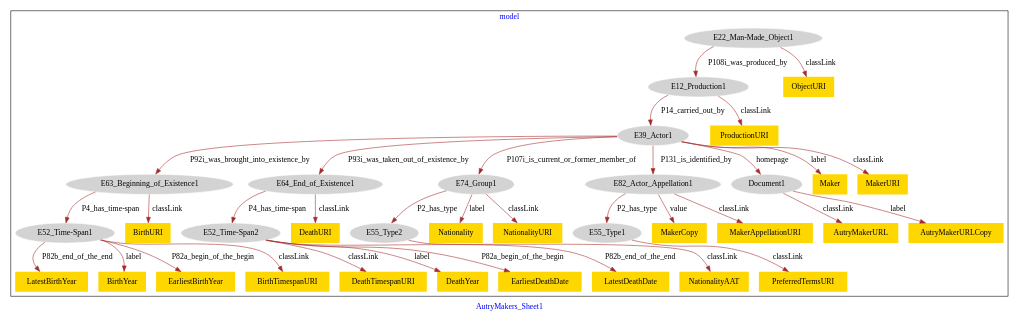
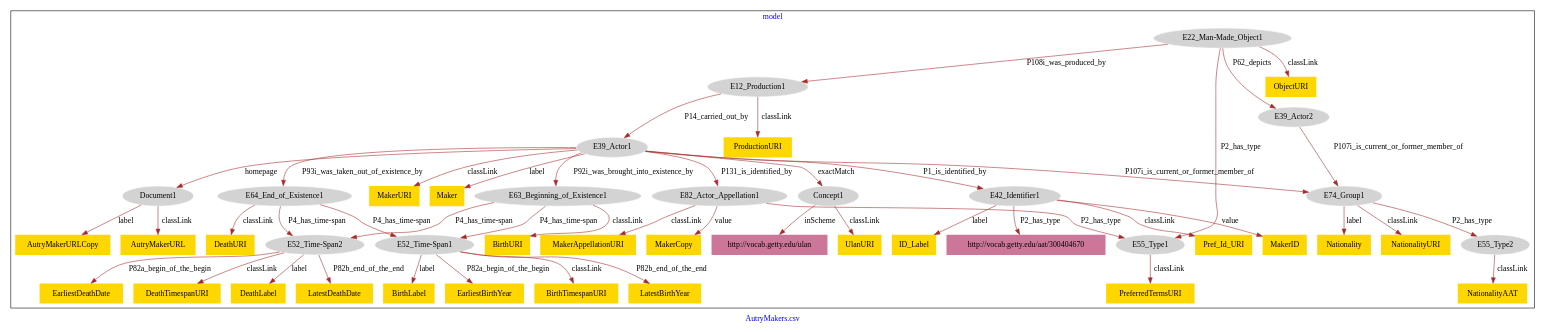
Before and after one commit to american-art/autry: the diagram in AutryMakers/AutryMakers-model.dot, drawn with Graphviz.

Commit message:
Update file AutryMakers-model.dot

```diff
--- a/AutryMakers/AutryMakers-model.dot
+++ b/AutryMakers/AutryMakers-model.dot
@@ -1,75 +1,97 @@
 digraph n0 {
 fontcolor="blue"
 remincross="true"
-label="AutryMakers_Sheet1"
+label="AutryMakers.csv"
 subgraph cluster {
 label="model"
 n2[style="filled",color="white",fillcolor="lightgray",label="E12_Production1"];
 n3[style="filled",color="white",fillcolor="lightgray",label="E39_Actor1"];
 n4[style="filled",color="white",fillcolor="lightgray",label="E22_Man-Made_Object1"];
-n5[style="filled",color="white",fillcolor="lightgray",label="E63_Beginning_of_Existence1"];
-n6[style="filled",color="white",fillcolor="lightgray",label="E64_End_of_Existence1"];
-n7[style="filled",color="white",fillcolor="lightgray",label="E74_Group1"];
-n8[style="filled",color="white",fillcolor="lightgray",label="E82_Actor_Appellation1"];
-n9[style="filled",color="white",fillcolor="lightgray",label="Document1"];
-n10[style="filled",color="white",fillcolor="lightgray",label="E52_Time-Span1"];
-n11[style="filled",color="white",fillcolor="lightgray",label="E52_Time-Span2"];
-n12[style="filled",color="white",fillcolor="lightgray",label="E55_Type2"];
-n13[style="filled",color="white",fillcolor="lightgray",label="E55_Type1"];
-n14[shape="plaintext",style="filled",fillcolor="gold",label="Nationality"];
-n15[shape="plaintext",style="filled",fillcolor="gold",label="DeathURI"];
-n16[shape="plaintext",style="filled",fillcolor="gold",label="AutryMakerURL"];
-n17[shape="plaintext",style="filled",fillcolor="gold",label="MakerCopy"];
-n18[shape="plaintext",style="filled",fillcolor="gold",label="NationalityAAT"];
-n19[shape="plaintext",style="filled",fillcolor="gold",label="LatestBirthYear"];
-n20[shape="plaintext",style="filled",fillcolor="gold",label="DeathTimespanURI"];
-n21[shape="plaintext",style="filled",fillcolor="gold",label="DeathYear"];
-n22[shape="plaintext",style="filled",fillcolor="gold",label="BirthYear"];
+n5[style="filled",color="white",fillcolor="lightgray",label="E39_Actor2"];
+n6[style="filled",color="white",fillcolor="lightgray",label="E42_Identifier1"];
+n7[style="filled",color="white",fillcolor="lightgray",label="E63_Beginning_of_Existence1"];
+n8[style="filled",color="white",fillcolor="lightgray",label="E64_End_of_Existence1"];
+n9[style="filled",color="white",fillcolor="lightgray",label="E82_Actor_Appellation1"];
+n10[style="filled",color="white",fillcolor="lightgray",label="Concept1"];
+n11[style="filled",color="white",fillcolor="lightgray",label="Document1"];
+n12[style="filled",color="white",fillcolor="lightgray",label="E74_Group1"];
+n13[style="filled",color="white",fillcolor="lightgray",label="E52_Time-Span2"];
+n14[style="filled",color="white",fillcolor="lightgray",label="E52_Time-Span1"];
+n15[style="filled",color="white",fillcolor="lightgray",label="E55_Type2"];
+n16[style="filled",color="white",fillcolor="lightgray",label="E55_Type1"];
+n17[shape="plaintext",style="filled",fillcolor="gold",label="NationalityAAT"];
+n18[shape="plaintext",style="filled",fillcolor="gold",label="ObjectURI"];
+n19[shape="plaintext",style="filled",fillcolor="gold",label="BirthURI"];
+n20[shape="plaintext",style="filled",fillcolor="gold",label="MakerURI"];
+n21[shape="plaintext",style="filled",fillcolor="gold",label="Pref_Id_URI"];
+n22[shape="plaintext",style="filled",fillcolor="gold",label="ProductionURI"];
 n23[shape="plaintext",style="filled",fillcolor="gold",label="EarliestDeathDate"];
-n24[shape="plaintext",style="filled",fillcolor="gold",label="Maker"];
-n25[shape="plaintext",style="filled",fillcolor="gold",label="PreferredTermsURI"];
-n26[shape="plaintext",style="filled",fillcolor="gold",label="ProductionURI"];
-n27[shape="plaintext",style="filled",fillcolor="gold",label="NationalityURI"];
-n28[shape="plaintext",style="filled",fillcolor="gold",label="MakerURI"];
-n29[shape="plaintext",style="filled",fillcolor="gold",label="EarliestBirthYear"];
-n30[shape="plaintext",style="filled",fillcolor="gold",label="BirthTimespanURI"];
-n31[shape="plaintext",style="filled",fillcolor="gold",label="BirthURI"];
-n32[shape="plaintext",style="filled",fillcolor="gold",label="AutryMakerURLCopy"];
-n33[shape="plaintext",style="filled",fillcolor="gold",label="MakerAppellationURI"];
-n34[shape="plaintext",style="filled",fillcolor="gold",label="ObjectURI"];
-n35[shape="plaintext",style="filled",fillcolor="gold",label="LatestDeathDate"];
+n24[shape="plaintext",style="filled",fillcolor="gold",label="AutryMakerURL"];
+n25[shape="plaintext",style="filled",fillcolor="gold",label="Maker"];
+n26[shape="plaintext",style="filled",fillcolor="gold",label="DeathTimespanURI"];
+n27[shape="plaintext",style="filled",fillcolor="gold",label="Nationality"];
+n28[shape="plaintext",style="filled",fillcolor="gold",label="MakerAppellationURI"];
+n29[shape="plaintext",style="filled",fillcolor="gold",label="BirthLabel"];
+n30[shape="plaintext",style="filled",fillcolor="gold",label="DeathLabel"];
+n31[shape="plaintext",style="filled",fillcolor="gold",label="MakerCopy"];
+n32[shape="plaintext",style="filled",fillcolor="gold",label="DeathURI"];
+n33[shape="plaintext",style="filled",fillcolor="gold",label="EarliestBirthYear"];
+n34[shape="plaintext",style="filled",fillcolor="gold",label="PreferredTermsURI"];
+n35[shape="plaintext",style="filled",fillcolor="gold",label="BirthTimespanURI"];
+n36[shape="plaintext",style="filled",fillcolor="gold",label="NationalityURI"];
+n37[shape="plaintext",style="filled",fillcolor="gold",label="MakerID"];
+n38[shape="plaintext",style="filled",fillcolor="gold",label="UlanURI"];
+n39[shape="plaintext",style="filled",fillcolor="gold",label="LatestBirthYear"];
+n40[shape="plaintext",style="filled",fillcolor="gold",label="LatestDeathDate"];
+n41[shape="plaintext",style="filled",fillcolor="gold",label="ID_Label"];
+n42[shape="plaintext",style="filled",fillcolor="gold",label="AutryMakerURLCopy"];
+n43[shape="plaintext",style="filled",fillcolor="#CC7799",label="http://vocab.getty.edu/aat/300404670"];
+n44[shape="plaintext",style="filled",fillcolor="#CC7799",label="http://vocab.getty.edu/ulan"];
 }
 n2 -> n3[color="brown",fontcolor="black",label="P14_carried_out_by"]
 n4 -> n2[color="brown",fontcolor="black",label="P108i_was_produced_by"]
-n3 -> n5[color="brown",fontcolor="black",label="P92i_was_brought_into_existence_by"]
-n3 -> n6[color="brown",fontcolor="black",label="P93i_was_taken_out_of_existence_by"]
-n3 -> n7[color="brown",fontcolor="black",label="P107i_is_current_or_former_member_of"]
-n3 -> n8[color="brown",fontcolor="black",label="P131_is_identified_by"]
-n3 -> n9[color="brown",fontcolor="black",label="homepage"]
-n5 -> n10[color="brown",fontcolor="black",label="P4_has_time-span"]
-n6 -> n11[color="brown",fontcolor="black",label="P4_has_time-span"]
-n7 -> n12[color="brown",fontcolor="black",label="P2_has_type"]
-n8 -> n13[color="brown",fontcolor="black",label="P2_has_type"]
-n7 -> n14[color="brown",fontcolor="black",label="label"]
-n6 -> n15[color="brown",fontcolor="black",label="classLink"]
-n9 -> n16[color="brown",fontcolor="black",label="classLink"]
-n8 -> n17[color="brown",fontcolor="black",label="value"]
-n12 -> n18[color="brown",fontcolor="black",label="classLink"]
-n10 -> n19[color="brown",fontcolor="black",label="P82b_end_of_the_end"]
-n11 -> n20[color="brown",fontcolor="black",label="classLink"]
-n11 -> n21[color="brown",fontcolor="black",label="label"]
-n10 -> n22[color="brown",fontcolor="black",label="label"]
-n11 -> n23[color="brown",fontcolor="black",label="P82a_begin_of_the_begin"]
-n3 -> n24[color="brown",fontcolor="black",label="label"]
-n13 -> n25[color="brown",fontcolor="black",label="classLink"]
-n2 -> n26[color="brown",fontcolor="black",label="classLink"]
-n7 -> n27[color="brown",fontcolor="black",label="classLink"]
-n3 -> n28[color="brown",fontcolor="black",label="classLink"]
-n10 -> n29[color="brown",fontcolor="black",label="P82a_begin_of_the_begin"]
-n10 -> n30[color="brown",fontcolor="black",label="classLink"]
-n5 -> n31[color="brown",fontcolor="black",label="classLink"]
-n9 -> n32[color="brown",fontcolor="black",label="label"]
-n8 -> n33[color="brown",fontcolor="black",label="classLink"]
-n4 -> n34[color="brown",fontcolor="black",label="classLink"]
-n11 -> n35[color="brown",fontcolor="black",label="P82b_end_of_the_end"]
+n4 -> n5[color="brown",fontcolor="black",label="P62_depicts"]
+n3 -> n6[color="brown",fontcolor="black",label="P1_is_identified_by"]
+n3 -> n7[color="brown",fontcolor="black",label="P92i_was_brought_into_existence_by"]
+n3 -> n8[color="brown",fontcolor="black",label="P93i_was_taken_out_of_existence_by"]
+n3 -> n9[color="brown",fontcolor="black",label="P131_is_identified_by"]
+n3 -> n10[color="brown",fontcolor="black",label="exactMatch"]
+n3 -> n11[color="brown",fontcolor="black",label="homepage"]
+n5 -> n12[color="brown",fontcolor="black",label="P107i_is_current_or_former_member_of"]
+n7 -> n13[color="brown",fontcolor="black",label="P4_has_time-span"]
+n8 -> n14[color="brown",fontcolor="black",label="P4_has_time-span"]
+n12 -> n15[color="brown",fontcolor="black",label="P2_has_type"]
+n9 -> n16[color="brown",fontcolor="black",label="P2_has_type"]
+n15 -> n17[color="brown",fontcolor="black",label="classLink"]
+n4 -> n18[color="brown",fontcolor="black",label="classLink"]
+n7 -> n19[color="brown",fontcolor="black",label="classLink"]
+n3 -> n20[color="brown",fontcolor="black",label="classLink"]
+n6 -> n21[color="brown",fontcolor="black",label="classLink"]
+n2 -> n22[color="brown",fontcolor="black",label="classLink"]
+n13 -> n23[color="brown",fontcolor="black",label="P82a_begin_of_the_begin"]
+n11 -> n24[color="brown",fontcolor="black",label="classLink"]
+n3 -> n25[color="brown",fontcolor="black",label="label"]
+n13 -> n26[color="brown",fontcolor="black",label="classLink"]
+n12 -> n27[color="brown",fontcolor="black",label="label"]
+n9 -> n28[color="brown",fontcolor="black",label="classLink"]
+n14 -> n29[color="brown",fontcolor="black",label="label"]
+n13 -> n30[color="brown",fontcolor="black",label="label"]
+n9 -> n31[color="brown",fontcolor="black",label="value"]
+n8 -> n32[color="brown",fontcolor="black",label="classLink"]
+n14 -> n33[color="brown",fontcolor="black",label="P82a_begin_of_the_begin"]
+n16 -> n34[color="brown",fontcolor="black",label="classLink"]
+n14 -> n35[color="brown",fontcolor="black",label="classLink"]
+n12 -> n36[color="brown",fontcolor="black",label="classLink"]
+n6 -> n37[color="brown",fontcolor="black",label="value"]
+n10 -> n38[color="brown",fontcolor="black",label="classLink"]
+n14 -> n39[color="brown",fontcolor="black",label="P82b_end_of_the_end"]
+n13 -> n40[color="brown",fontcolor="black",label="P82b_end_of_the_end"]
+n6 -> n41[color="brown",fontcolor="black",label="label"]
+n11 -> n42[color="brown",fontcolor="black",label="label"]
+n7 -> n14[color="brown",fontcolor="black",label="P4_has_time-span"]
+n6 -> n43[color="brown",fontcolor="black",label="P2_has_type"]
+n4 -> n16[color="brown",fontcolor="black",label="P2_has_type"]
+n10 -> n44[color="brown",fontcolor="black",label="inScheme"]
+n3 -> n12[color="brown",fontcolor="black",label="P107i_is_current_or_former_member_of"]
+n8 -> n13[color="brown",fontcolor="black",label="P4_has_time-span"]
 }
```
